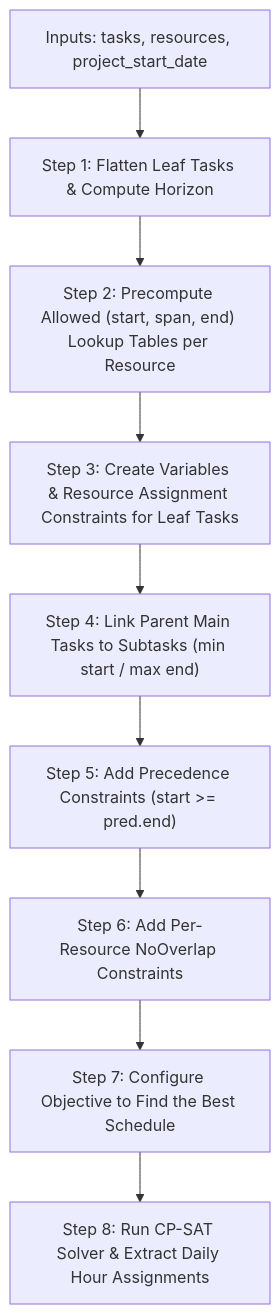
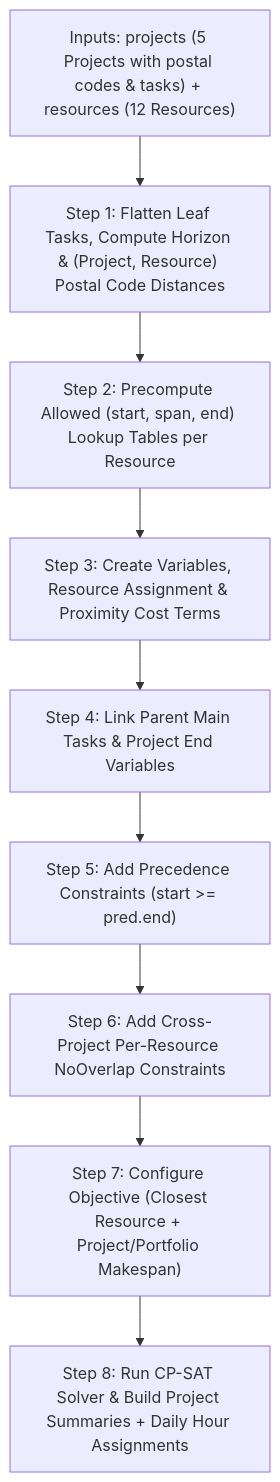
Before and after one commit to ernstvorsteveld/py-cp-sat-simple-planning: the diagram in docs/SOLVE_SCHEDULE.md, drawn with Mermaid. The commit also changed other lines of this file and 8 other files, not shown here.

Commit message:
Add projects with postalcode of address Add resources with postalcode of address Assign resources that live close to project

````diff
--- a/docs/SOLVE_SCHEDULE.md
+++ b/docs/SOLVE_SCHEDULE.md
@@ -45,11 +48,11 @@
 ```mermaid
 flowchart TD
-    A["Inputs: tasks, resources, project_start_date"] --> B["Step 1: Flatten Leaf Tasks & Compute Horizon"]
+    A["Inputs: projects (5 Projects with postal codes & tasks) + resources (12 Resources)"] --> B["Step 1: Flatten Leaf Tasks, Compute Horizon & (Project, Resource) Postal Code Distances"]
     B --> C["Step 2: Precompute Allowed (start, span, end) Lookup Tables per Resource"]
-    C --> D["Step 3: Create Variables & Resource Assignment Constraints for Leaf Tasks"]
-    D --> E["Step 4: Link Parent Main Tasks to Subtasks (min start / max end)"]
+    C --> D["Step 3: Create Variables, Resource Assignment & Proximity Cost Terms"]
+    D --> E["Step 4: Link Parent Main Tasks & Project End Variables"]
     E --> F["Step 5: Add Precedence Constraints (start >= pred.end)"]
-    F --> G["Step 6: Add Per-Resource NoOverlap Constraints"]
-    G --> H["Step 7: Configure Objective to Find the Best Schedule"]
-    H --> I["Step 8: Run CP-SAT Solver & Extract Daily Hour Assignments"]
+    F --> G["Step 6: Add Cross-Project Per-Resource NoOverlap Constraints"]
+    G --> H["Step 7: Configure Objective (Closest Resource + Project/Portfolio Makespan)"]
+    H --> I["Step 8: Run CP-SAT Solver & Build Project Summaries + Daily Hour Assignments"]
 ```
````
